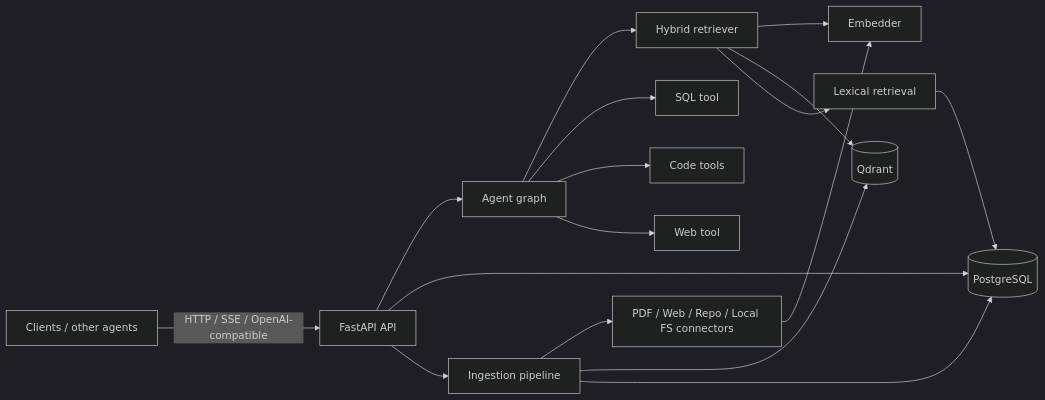
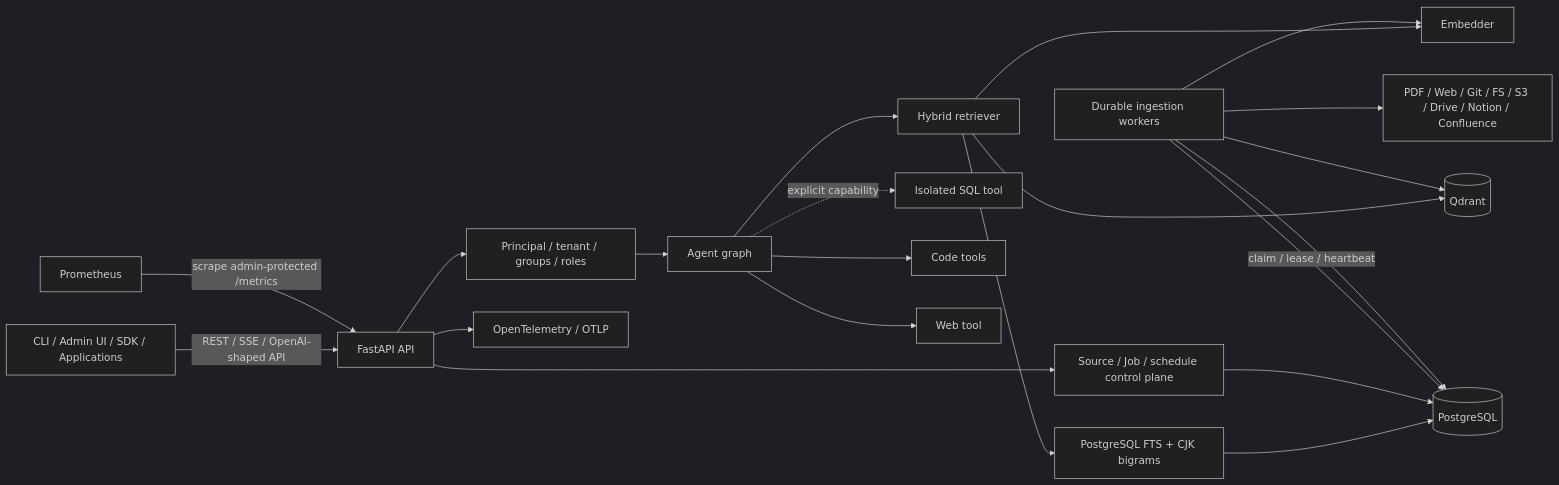
One commit to magic-alt/ragbot changed the first of 3 diagrams in docs/SYSTEM_DESIGN.md. Above: the diagram before and after it, drawn with Mermaid (dark theme). The commit also changed other lines of this file, not shown here.

Commit message:
docs: rewrite system design for current production architecture

````diff
--- a/docs/SYSTEM_DESIGN.md
+++ b/docs/SYSTEM_DESIGN.md
@@ -11,21 +13,28 @@
 ```mermaid
 flowchart LR
-  C[Clients / other agents] -->|HTTP / SSE / OpenAI-compatible| API[FastAPI API]
-  API --> AG[Agent graph]
+  C[CLI / Admin UI / SDK / Applications] -->|REST / SSE / OpenAI-shaped API| API[FastAPI API]
+
+  API --> AUTH[Principal / tenant / groups / roles]
+  AUTH --> AG[Agent graph]
   AG --> RET[Hybrid retriever]
-  AG --> SQL[SQL tool]
+  AG -. explicit capability .-> SQL[Isolated SQL tool]
   AG --> CODE[Code tools]
   AG --> WEB[Web tool]
 
   RET --> EMB[Embedder]
   RET --> Q[(Qdrant)]
-  RET --> FTS[Lexical retrieval]
+  RET --> FTS[PostgreSQL FTS + CJK bigrams]
   FTS --> PG[(PostgreSQL)]
-  API --> PG
 
-  API --> ING[Ingestion pipeline]
-  ING --> CONN[PDF / Web / Repo / Local FS connectors]
-  CONN --> EMB
-  ING --> Q
-  ING --> PG
+  API --> CP[Source / Job / schedule control plane]
+  CP --> PG
+
+  W[Durable ingestion workers] -->|claim / lease / heartbeat| PG
+  W --> CONN[PDF / Web / Git / FS / S3 / Drive / Notion / Confluence]
+  W --> EMB
+  W --> PG
+  W --> Q
+
+  P[Prometheus] -->|scrape admin-protected /metrics| API
+  API --> OTEL[OpenTelemetry / OTLP]
 ```
````
